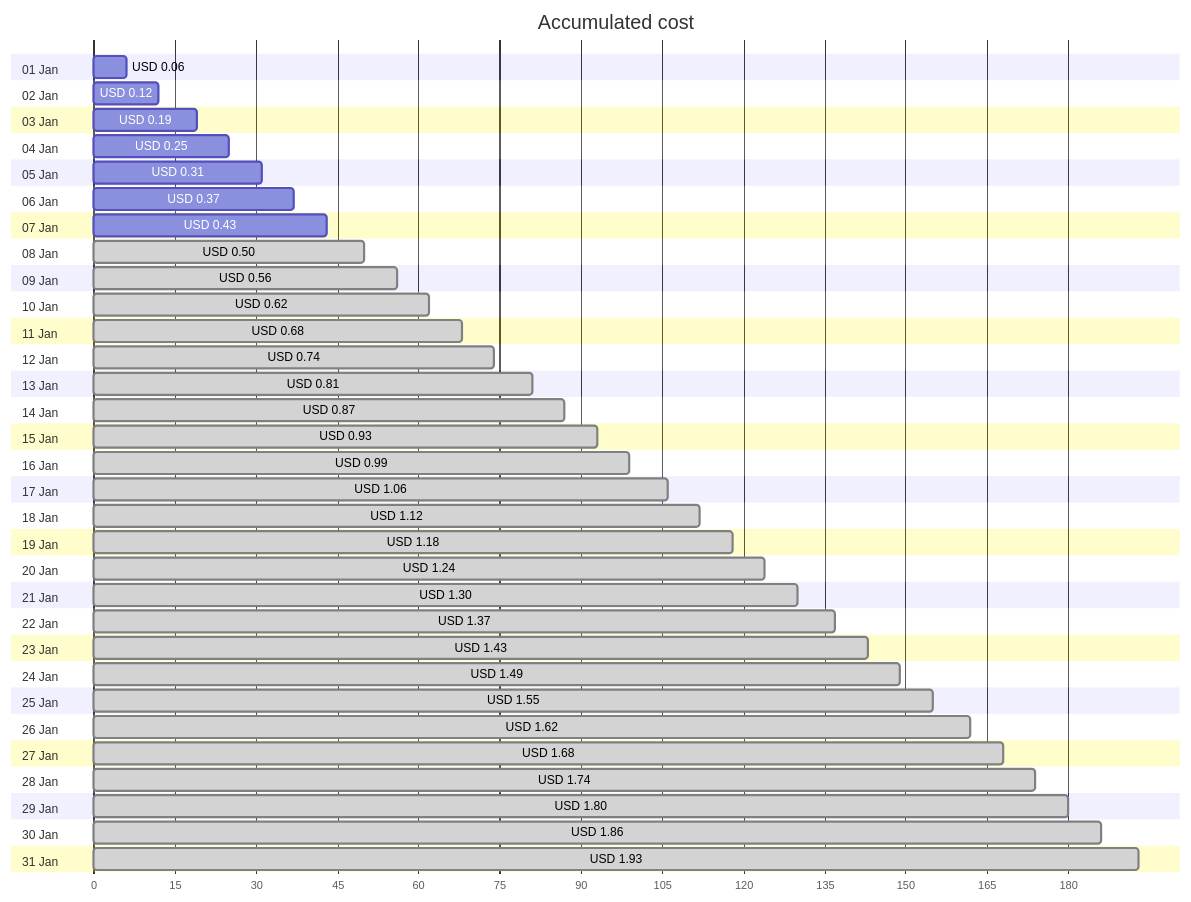
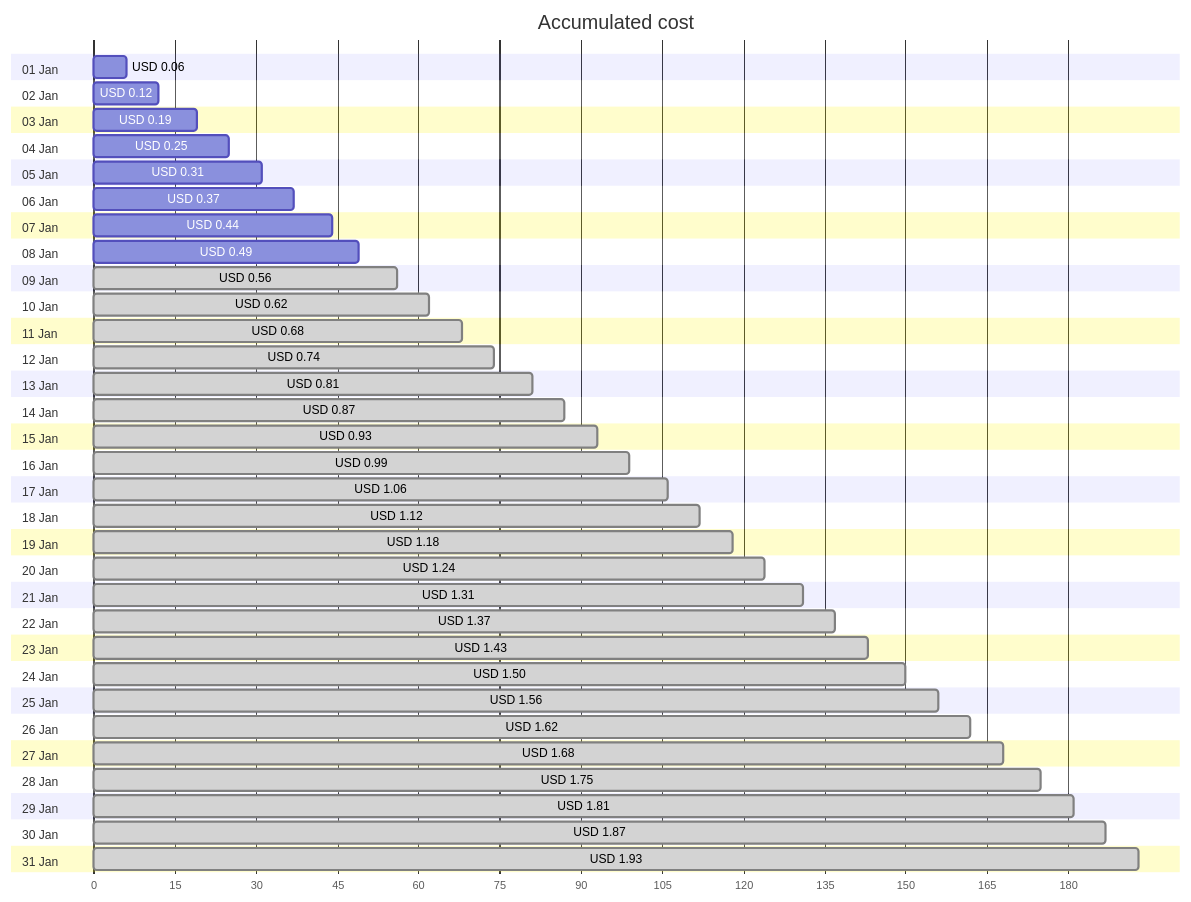
Before and after one commit to jpfulton/azure-personal-reports: the first of 4 diagrams in cost-reports/personal-network/vpn-server_OsDisk.md, drawn with Mermaid. The commit also changed other lines of this file and 8 other files, not shown here.

````diff
--- a/cost-reports/personal-network/vpn-server_OsDisk.md
+++ b/cost-reports/personal-network/vpn-server_OsDisk.md
@@ -20,68 +20,68 @@
 ```mermaid
 gantt
    title Accumulated cost
    dateFormat  X
    axisFormat %s
    section 01 Jan
    USD 0.06 :0, 6
    section 02 Jan
    USD 0.12 :0, 12
    section 03 Jan
    USD 0.19 :0, 19
    section 04 Jan
    USD 0.25 :0, 25
    section 05 Jan
    USD 0.31 :0, 31
    section 06 Jan
    USD 0.37 :0, 37
    section 07 Jan
-   USD 0.43 :0, 43
+   USD 0.44 :0, 44
    section 08 Jan
-   USD 0.50 : done, 0, 50
+   USD 0.49 :0, 49
    section 09 Jan
    USD 0.56 : done, 0, 56
    section 10 Jan
    USD 0.62 : done, 0, 62
    section 11 Jan
    USD 0.68 : done, 0, 68
    section 12 Jan
    USD 0.74 : done, 0, 74
    section 13 Jan
    USD 0.81 : done, 0, 81
    section 14 Jan
    USD 0.87 : done, 0, 87
    section 15 Jan
    USD 0.93 : done, 0, 93
    section 16 Jan
    USD 0.99 : done, 0, 99
    section 17 Jan
    USD 1.06 : done, 0, 106
    section 18 Jan
    USD 1.12 : done, 0, 112
    section 19 Jan
    USD 1.18 : done, 0, 118
    section 20 Jan
    USD 1.24 : done, 0, 124
    section 21 Jan
-   USD 1.30 : done, 0, 130
+   USD 1.31 : done, 0, 131
    section 22 Jan
    USD 1.37 : done, 0, 137
    section 23 Jan
    USD 1.43 : done, 0, 143
    section 24 Jan
-   USD 1.49 : done, 0, 149
+   USD 1.50 : done, 0, 150
    section 25 Jan
-   USD 1.55 : done, 0, 155
+   USD 1.56 : done, 0, 156
    section 26 Jan
    USD 1.62 : done, 0, 162
    section 27 Jan
    USD 1.68 : done, 0, 168
    section 28 Jan
-   USD 1.74 : done, 0, 174
+   USD 1.75 : done, 0, 175
    section 29 Jan
-   USD 1.80 : done, 0, 180
+   USD 1.81 : done, 0, 181
    section 30 Jan
-   USD 1.86 : done, 0, 186
+   USD 1.87 : done, 0, 187
    section 31 Jan
    USD 1.93 : done, 0, 193
 ```
````
